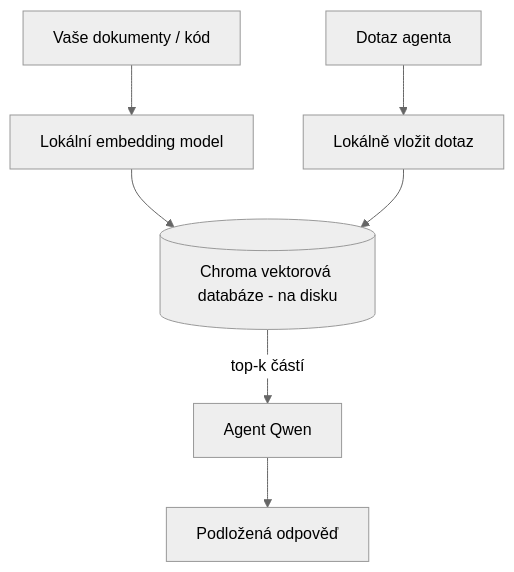
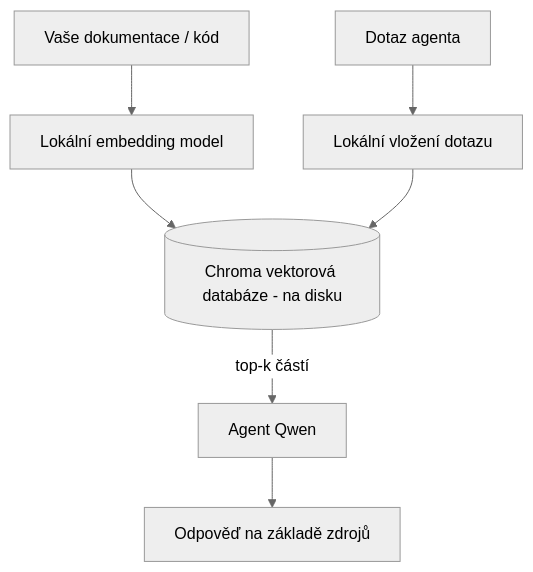
One commit to gabrielmoreira/agent-skills-mirror changed the third of 4 diagrams in mirrors/repos/microsoft@ai-agents-for-beginners/translations/cs/17-creating-local-ai-agents/README.md. Above: the diagram before and after it, drawn with Mermaid (neutral theme). The commit also changed other lines of this file and 4262 other files, not shown here.

````diff
--- a/mirrors/repos/microsoft@ai-agents-for-beginners/translations/cs/17-creating-local-ai-agents/README.md
+++ b/mirrors/repos/microsoft@ai-agents-for-beginners/translations/cs/17-creating-local-ai-agents/README.md
@@ -125,9 +125,9 @@
 ```mermaid
 flowchart TB
-    D[Vaše dokumenty / kód] --> E[Lokální embedding model]
+    D[Vaše dokumentace / kód] --> E[Lokální embedding model]
     E --> V[(Chroma vektorová databáze - na disku)]
-    Q[Dotaz agenta] --> QE[Lokálně vložit dotaz]
+    Q[Dotaz agenta] --> QE[Lokální vložení dotazu]
     QE --> V
     V -->|top-k částí| A[Agent Qwen]
-    A --> Ans[Podložená odpověď]
+    A --> Ans[Odpověď na základě zdrojů]
 ```
````
